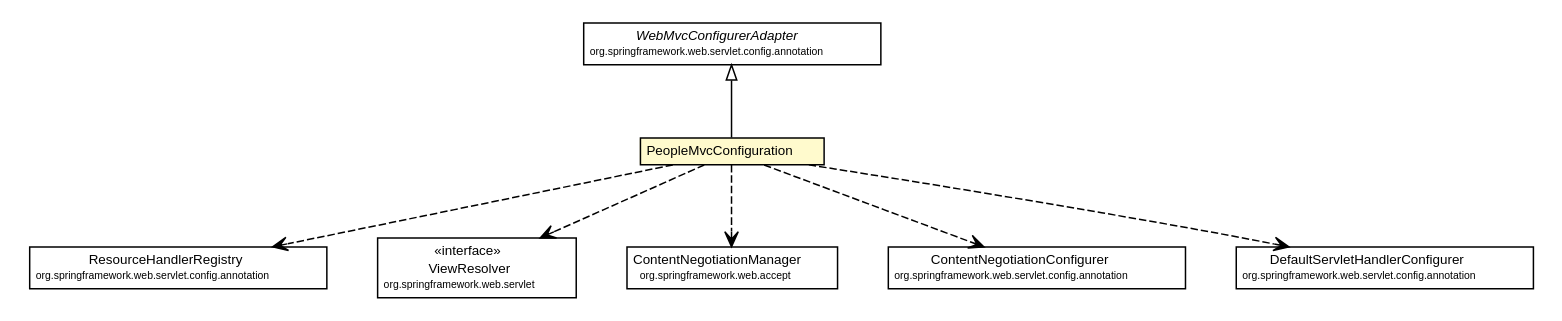
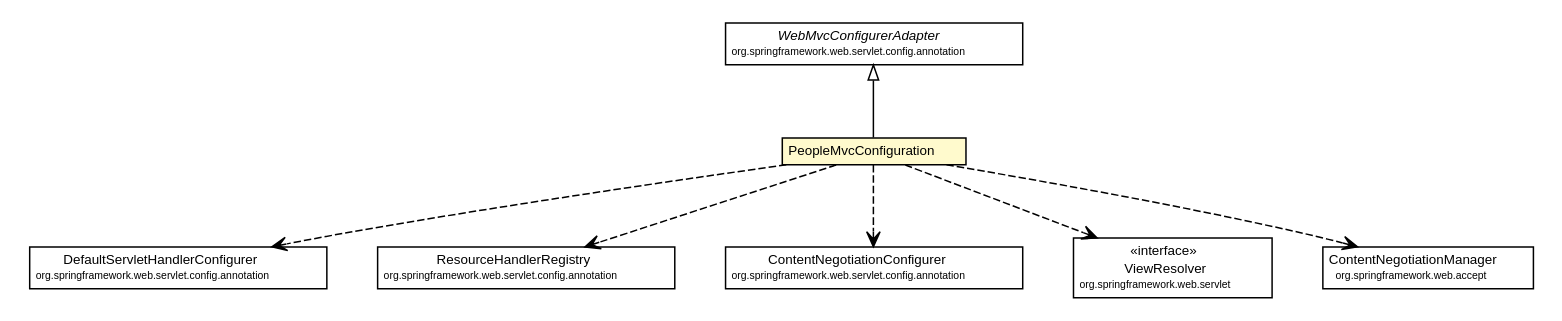
The diagram in net.ljcomputing.people-web/docs/javadoc/apidocs/net/ljcomputing/people/web/config/PeopleMvcConfiguration.dot (willmorejg/net.ljcomputing.ecsr), drawn with Graphviz before and after one commit. The commit also changed 295 other files, not shown here.

```diff
--- a/net.ljcomputing.people-web/docs/javadoc/apidocs/net/ljcomputing/people/web/config/PeopleMvcConfiguration.dot
+++ b/net.ljcomputing.people-web/docs/javadoc/apidocs/net/ljcomputing/people/web/config/PeopleMvcConfiguration.dot
@@ -1,73 +1,73 @@
 #!/usr/local/bin/dot
 #
 # Class diagram 
 # Generated by UMLGraph version R5_6 (http://www.umlgraph.org/)
 #
 
 digraph G {
 	edge [fontname="Helvetica",fontsize=10,labelfontname="Helvetica",labelfontsize=10];
 	node [fontname="Helvetica",fontsize=10,shape=plaintext];
 	nodesep=0.25;
 	ranksep=0.5;
 	// net.ljcomputing.people.web.config.PeopleMvcConfiguration
 	c140 [label=<<table title="net.ljcomputing.people.web.config.PeopleMvcConfiguration" border="0" cellborder="1" cellspacing="0" cellpadding="2" port="p" bgcolor="lemonChiffon" href="./PeopleMvcConfiguration.html">
 		<tr><td><table border="0" cellspacing="0" cellpadding="1">
 <tr><td align="center" balign="center"> PeopleMvcConfiguration </td></tr>
 		</table></td></tr>
 		</table>>, URL="./PeopleMvcConfiguration.html", fontname="Helvetica", fontcolor="black", fontsize=9.0];
 	//net.ljcomputing.people.web.config.PeopleMvcConfiguration extends org.springframework.web.servlet.config.annotation.WebMvcConfigurerAdapter
 	c153:p -> c140:p [dir=back,arrowtail=empty];
+	// net.ljcomputing.people.web.config.PeopleMvcConfiguration DEPEND org.springframework.web.servlet.config.annotation.DefaultServletHandlerConfigurer
+	c140:p -> c156:p [taillabel="", label="", headlabel="", fontname="Helvetica", fontcolor="black", fontsize=10.0, color="black", arrowhead=open, style=dashed];
 	// net.ljcomputing.people.web.config.PeopleMvcConfiguration DEPEND org.springframework.web.servlet.config.annotation.ResourceHandlerRegistry
-	c140:p -> c157:p [taillabel="", label="", headlabel="", fontname="Helvetica", fontcolor="black", fontsize=10.0, color="black", arrowhead=open, style=dashed];
+	c140:p -> c159:p [taillabel="", label="", headlabel="", fontname="Helvetica", fontcolor="black", fontsize=10.0, color="black", arrowhead=open, style=dashed];
+	// net.ljcomputing.people.web.config.PeopleMvcConfiguration DEPEND org.springframework.web.servlet.config.annotation.ContentNegotiationConfigurer
+	c140:p -> c163:p [taillabel="", label="", headlabel="", fontname="Helvetica", fontcolor="black", fontsize=10.0, color="black", arrowhead=open, style=dashed];
 	// net.ljcomputing.people.web.config.PeopleMvcConfiguration DEPEND org.springframework.web.servlet.ViewResolver
-	c140:p -> c159:p [taillabel="", label="", headlabel="", fontname="Helvetica", fontcolor="black", fontsize=10.0, color="black", arrowhead=open, style=dashed];
+	c140:p -> c165:p [taillabel="", label="", headlabel="", fontname="Helvetica", fontcolor="black", fontsize=10.0, color="black", arrowhead=open, style=dashed];
 	// net.ljcomputing.people.web.config.PeopleMvcConfiguration DEPEND org.springframework.web.accept.ContentNegotiationManager
-	c140:p -> c164:p [taillabel="", label="", headlabel="", fontname="Helvetica", fontcolor="black", fontsize=10.0, color="black", arrowhead=open, style=dashed];
-	// net.ljcomputing.people.web.config.PeopleMvcConfiguration DEPEND org.springframework.web.servlet.config.annotation.ContentNegotiationConfigurer
-	c140:p -> c166:p [taillabel="", label="", headlabel="", fontname="Helvetica", fontcolor="black", fontsize=10.0, color="black", arrowhead=open, style=dashed];
-	// net.ljcomputing.people.web.config.PeopleMvcConfiguration DEPEND org.springframework.web.servlet.config.annotation.DefaultServletHandlerConfigurer
 	c140:p -> c168:p [taillabel="", label="", headlabel="", fontname="Helvetica", fontcolor="black", fontsize=10.0, color="black", arrowhead=open, style=dashed];
+	// org.springframework.web.servlet.config.annotation.DefaultServletHandlerConfigurer
+	c156 [label=<<table title="org.springframework.web.servlet.config.annotation.DefaultServletHandlerConfigurer" border="0" cellborder="1" cellspacing="0" cellpadding="2" port="p">
+		<tr><td><table border="0" cellspacing="0" cellpadding="1">
+<tr><td align="center" balign="center"> DefaultServletHandlerConfigurer </td></tr>
+<tr><td align="center" balign="center"><font point-size="7.0"> org.springframework.web.servlet.config.annotation </font></td></tr>
+		</table></td></tr>
+		</table>>, URL="null", fontname="Helvetica", fontcolor="black", fontsize=9.0];
 	// org.springframework.web.servlet.ViewResolver
-	c159 [label=<<table title="org.springframework.web.servlet.ViewResolver" border="0" cellborder="1" cellspacing="0" cellpadding="2" port="p">
+	c165 [label=<<table title="org.springframework.web.servlet.ViewResolver" border="0" cellborder="1" cellspacing="0" cellpadding="2" port="p">
 		<tr><td><table border="0" cellspacing="0" cellpadding="1">
 <tr><td align="center" balign="center"> &#171;interface&#187; </td></tr>
 <tr><td align="center" balign="center"> ViewResolver </td></tr>
 <tr><td align="center" balign="center"><font point-size="7.0"> org.springframework.web.servlet </font></td></tr>
-		</table></td></tr>
-		</table>>, URL="null", fontname="Helvetica", fontcolor="black", fontsize=9.0];
-	// org.springframework.web.servlet.config.annotation.DefaultServletHandlerConfigurer
-	c168 [label=<<table title="org.springframework.web.servlet.config.annotation.DefaultServletHandlerConfigurer" border="0" cellborder="1" cellspacing="0" cellpadding="2" port="p">
-		<tr><td><table border="0" cellspacing="0" cellpadding="1">
-<tr><td align="center" balign="center"> DefaultServletHandlerConfigurer </td></tr>
-<tr><td align="center" balign="center"><font point-size="7.0"> org.springframework.web.servlet.config.annotation </font></td></tr>
 		</table></td></tr>
 		</table>>, URL="null", fontname="Helvetica", fontcolor="black", fontsize=9.0];
 	// org.springframework.web.servlet.config.annotation.WebMvcConfigurerAdapter
 	c153 [label=<<table title="org.springframework.web.servlet.config.annotation.WebMvcConfigurerAdapter" border="0" cellborder="1" cellspacing="0" cellpadding="2" port="p">
 		<tr><td><table border="0" cellspacing="0" cellpadding="1">
 <tr><td align="center" balign="center"><font face="Helvetica-Oblique"> WebMvcConfigurerAdapter </font></td></tr>
 <tr><td align="center" balign="center"><font point-size="7.0"> org.springframework.web.servlet.config.annotation </font></td></tr>
 		</table></td></tr>
 		</table>>, URL="null", fontname="Helvetica", fontcolor="black", fontsize=9.0];
 	// org.springframework.web.servlet.config.annotation.ResourceHandlerRegistry
-	c157 [label=<<table title="org.springframework.web.servlet.config.annotation.ResourceHandlerRegistry" border="0" cellborder="1" cellspacing="0" cellpadding="2" port="p">
+	c159 [label=<<table title="org.springframework.web.servlet.config.annotation.ResourceHandlerRegistry" border="0" cellborder="1" cellspacing="0" cellpadding="2" port="p">
 		<tr><td><table border="0" cellspacing="0" cellpadding="1">
 <tr><td align="center" balign="center"> ResourceHandlerRegistry </td></tr>
 <tr><td align="center" balign="center"><font point-size="7.0"> org.springframework.web.servlet.config.annotation </font></td></tr>
 		</table></td></tr>
 		</table>>, URL="null", fontname="Helvetica", fontcolor="black", fontsize=9.0];
 	// org.springframework.web.accept.ContentNegotiationManager
-	c164 [label=<<table title="org.springframework.web.accept.ContentNegotiationManager" border="0" cellborder="1" cellspacing="0" cellpadding="2" port="p">
+	c168 [label=<<table title="org.springframework.web.accept.ContentNegotiationManager" border="0" cellborder="1" cellspacing="0" cellpadding="2" port="p">
 		<tr><td><table border="0" cellspacing="0" cellpadding="1">
 <tr><td align="center" balign="center"> ContentNegotiationManager </td></tr>
 <tr><td align="center" balign="center"><font point-size="7.0"> org.springframework.web.accept </font></td></tr>
 		</table></td></tr>
 		</table>>, URL="null", fontname="Helvetica", fontcolor="black", fontsize=9.0];
 	// org.springframework.web.servlet.config.annotation.ContentNegotiationConfigurer
-	c166 [label=<<table title="org.springframework.web.servlet.config.annotation.ContentNegotiationConfigurer" border="0" cellborder="1" cellspacing="0" cellpadding="2" port="p">
+	c163 [label=<<table title="org.springframework.web.servlet.config.annotation.ContentNegotiationConfigurer" border="0" cellborder="1" cellspacing="0" cellpadding="2" port="p">
 		<tr><td><table border="0" cellspacing="0" cellpadding="1">
 <tr><td align="center" balign="center"> ContentNegotiationConfigurer </td></tr>
 <tr><td align="center" balign="center"><font point-size="7.0"> org.springframework.web.servlet.config.annotation </font></td></tr>
 		</table></td></tr>
 		</table>>, URL="null", fontname="Helvetica", fontcolor="black", fontsize=9.0];
 }
```
